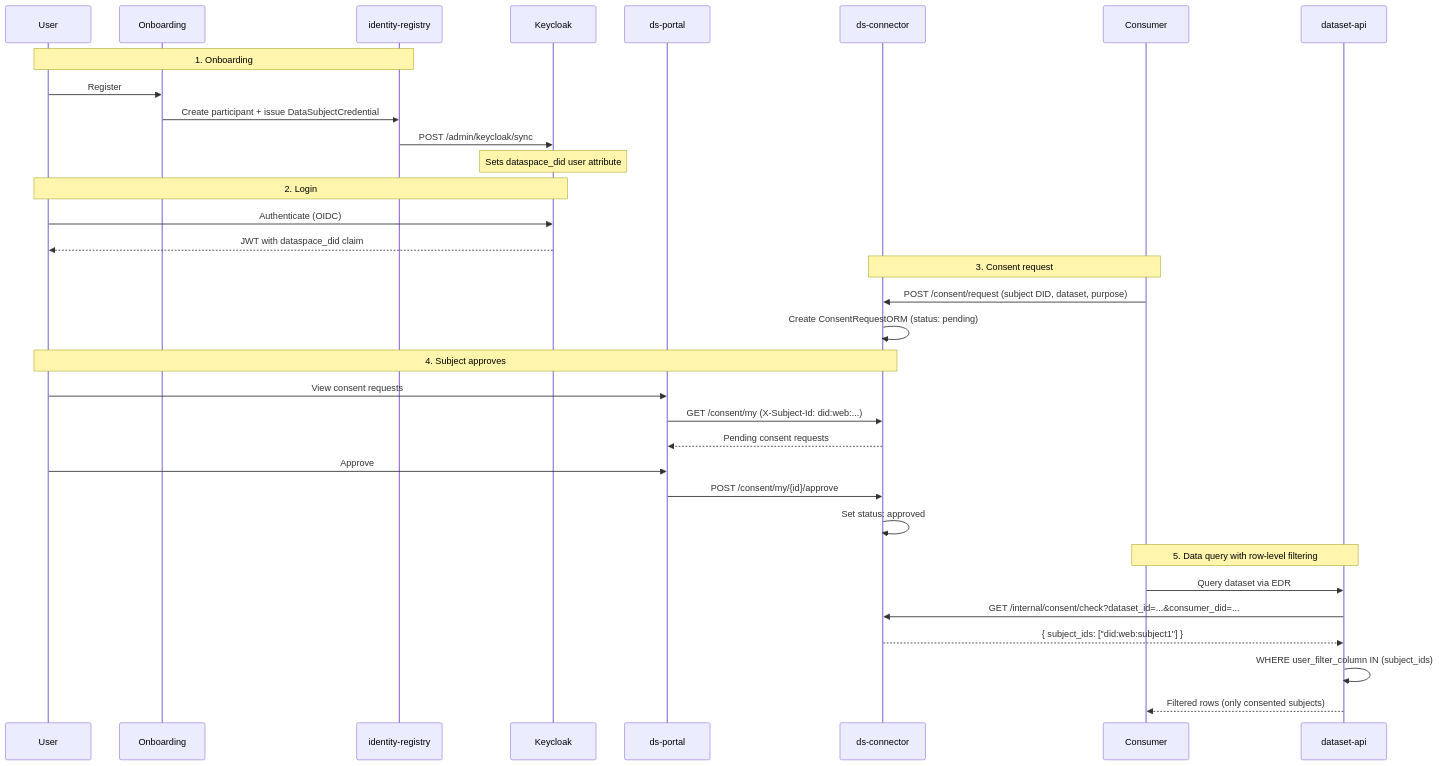
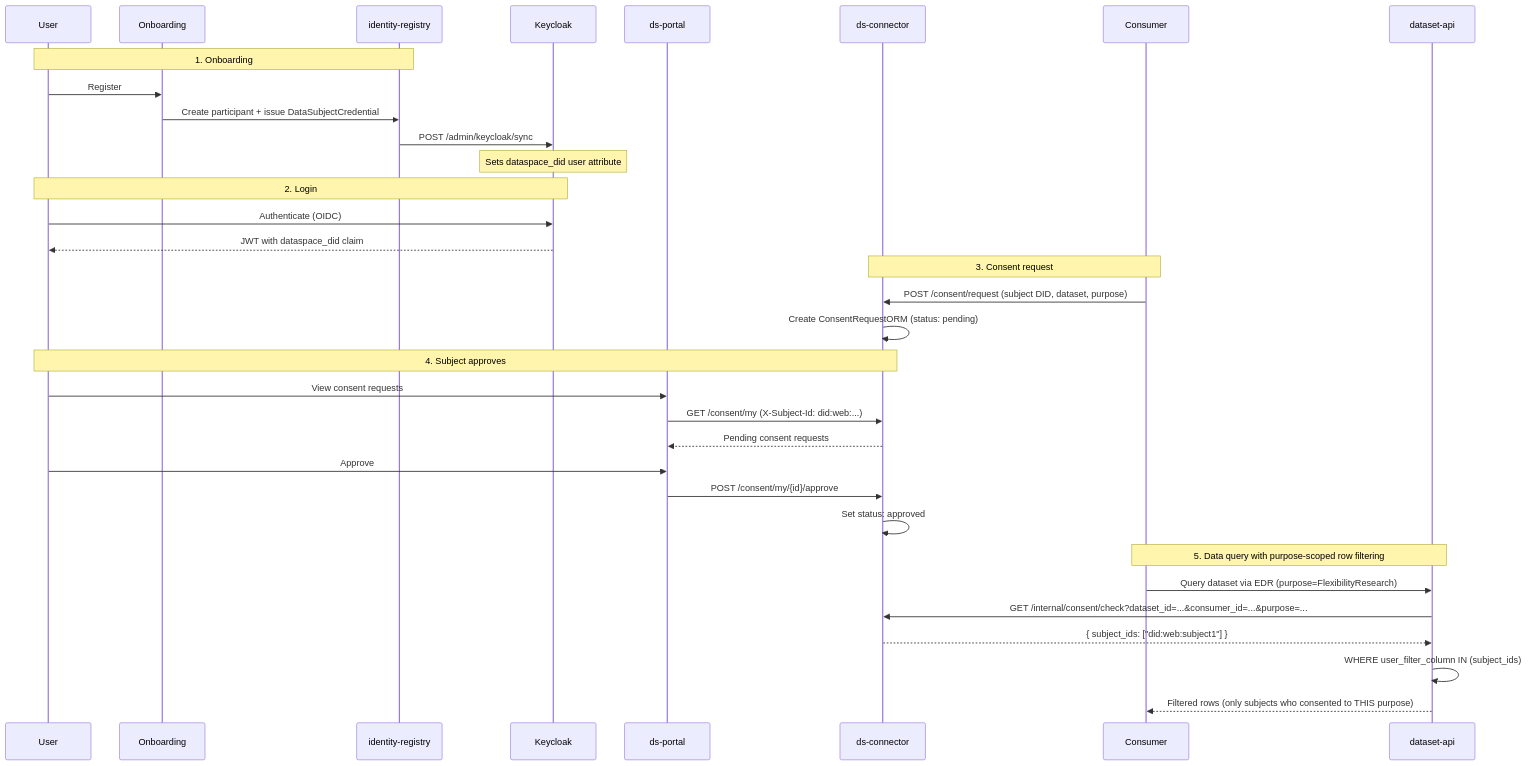
Before and after one commit to spindoxlabs/ds: the diagram in docs/consent-and-sovereignty.md, drawn with Mermaid. The commit also changed other lines of this file and 56 other files, not shown here.

````diff
--- a/docs/consent-and-sovereignty.md
+++ b/docs/consent-and-sovereignty.md
@@ -196,40 +454,40 @@
 ```mermaid
 sequenceDiagram
     participant User
     participant Onboarding
     participant IR as identity-registry
     participant KC as Keycloak
     participant Portal as ds-portal
     participant Conn as ds-connector
     participant Consumer
     participant DA as dataset-api
 
     Note over User,IR: 1. Onboarding
     User->>Onboarding: Register
     Onboarding->>IR: Create participant + issue DataSubjectCredential
     IR->>KC: POST /admin/keycloak/sync
     Note over KC: Sets dataspace_did user attribute
 
     Note over User,KC: 2. Login
     User->>KC: Authenticate (OIDC)
     KC-->>User: JWT with dataspace_did claim
 
     Note over Consumer,Conn: 3. Consent request
     Consumer->>Conn: POST /consent/request (subject DID, dataset, purpose)
     Conn->>Conn: Create ConsentRequestORM (status: pending)
 
     Note over User,Conn: 4. Subject approves
     User->>Portal: View consent requests
     Portal->>Conn: GET /consent/my (X-Subject-Id: did:web:...)
     Conn-->>Portal: Pending consent requests
     User->>Portal: Approve
     Portal->>Conn: POST /consent/my/{id}/approve
     Conn->>Conn: Set status: approved
 
-    Note over Consumer,DA: 5. Data query with row-level filtering
-    Consumer->>DA: Query dataset via EDR
-    DA->>Conn: GET /internal/consent/check?dataset_id=...&consumer_did=...
+    Note over Consumer,DA: 5. Data query with purpose-scoped row filtering
+    Consumer->>DA: Query dataset via EDR (purpose=FlexibilityResearch)
+    DA->>Conn: GET /internal/consent/check?dataset_id=...&consumer_id=...&purpose=...
     Conn-->>DA: { subject_ids: ["did:web:subject1"] }
     DA->>DA: WHERE user_filter_column IN (subject_ids)
-    DA-->>Consumer: Filtered rows (only consented subjects)
+    DA-->>Consumer: Filtered rows (only subjects who consented to THIS purpose)
 ```
````
